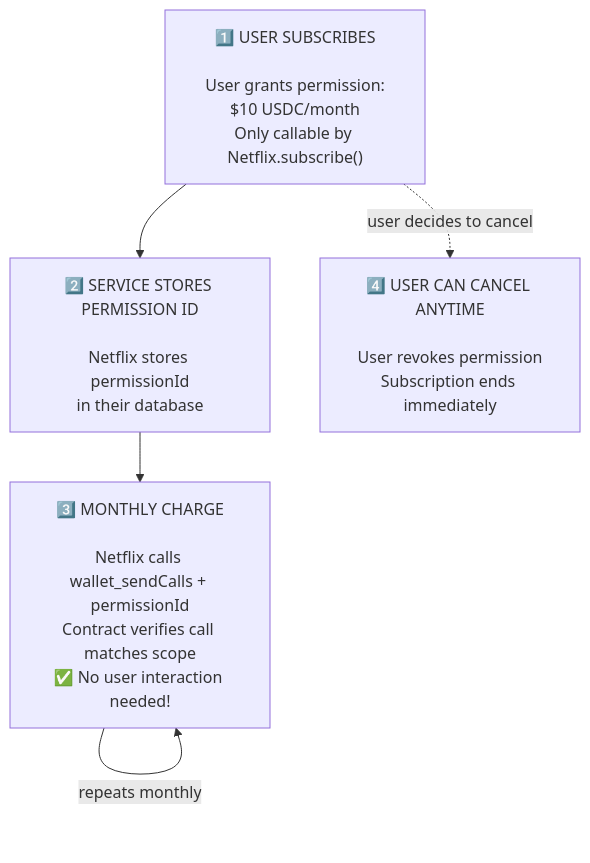
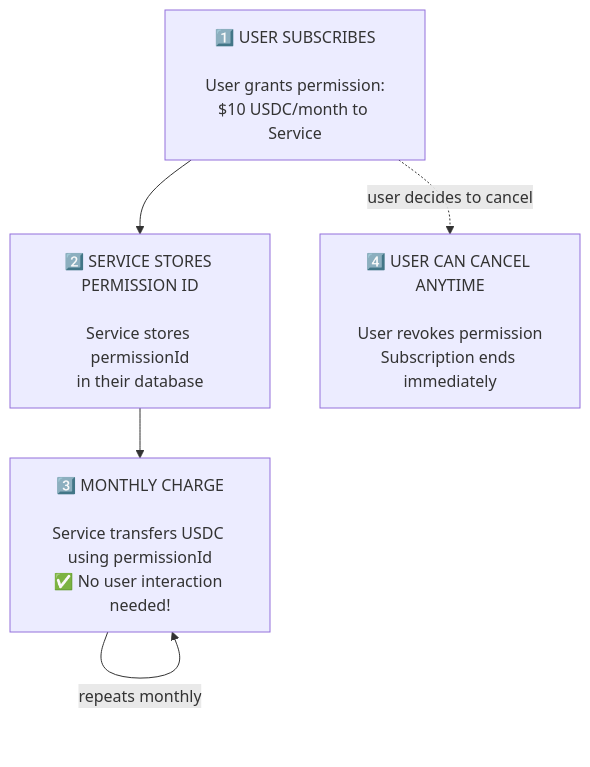
One commit to JustaName-id/jaw-mono changed the diagram in apps/docs/src/app/guides/subscription/page.mdx. Above: the diagram before and after it, drawn with Mermaid. The commit also changed other lines of this file, not shown here.

````diff
--- a/apps/docs/src/app/guides/subscription/page.mdx
+++ b/apps/docs/src/app/guides/subscription/page.mdx
@@ -24,14 +24,14 @@
 ```mermaid
 flowchart TD
-    A["1️⃣ USER SUBSCRIBES<br/><br/>User grants permission:<br/>$10 USDC/month<br/>Only callable by Netflix.subscribe()"]
+    A["1️⃣ USER SUBSCRIBES<br/><br/>User grants permission:<br/>$10 USDC/month to Service"]
 
-    B["2️⃣ SERVICE STORES PERMISSION ID<br/><br/>Netflix stores permissionId<br/>in their database"]
+    B["2️⃣ SERVICE STORES PERMISSION ID<br/><br/>Service stores permissionId<br/>in their database"]
 
-    C["3️⃣ MONTHLY CHARGE<br/><br/>Netflix calls wallet_sendCalls + permissionId<br/>Contract verifies call matches scope<br/>✅ No user interaction needed!"]
+    C["3️⃣ MONTHLY CHARGE<br/><br/>Service transfers USDC using permissionId<br/>✅ No user interaction needed!"]
 
     D["4️⃣ USER CAN CANCEL ANYTIME<br/><br/>User revokes permission<br/>Subscription ends immediately"]
 
     A --> B --> C
     C -->|"repeats monthly"| C
     A -.->|"user decides to cancel"| D
 ```
````
